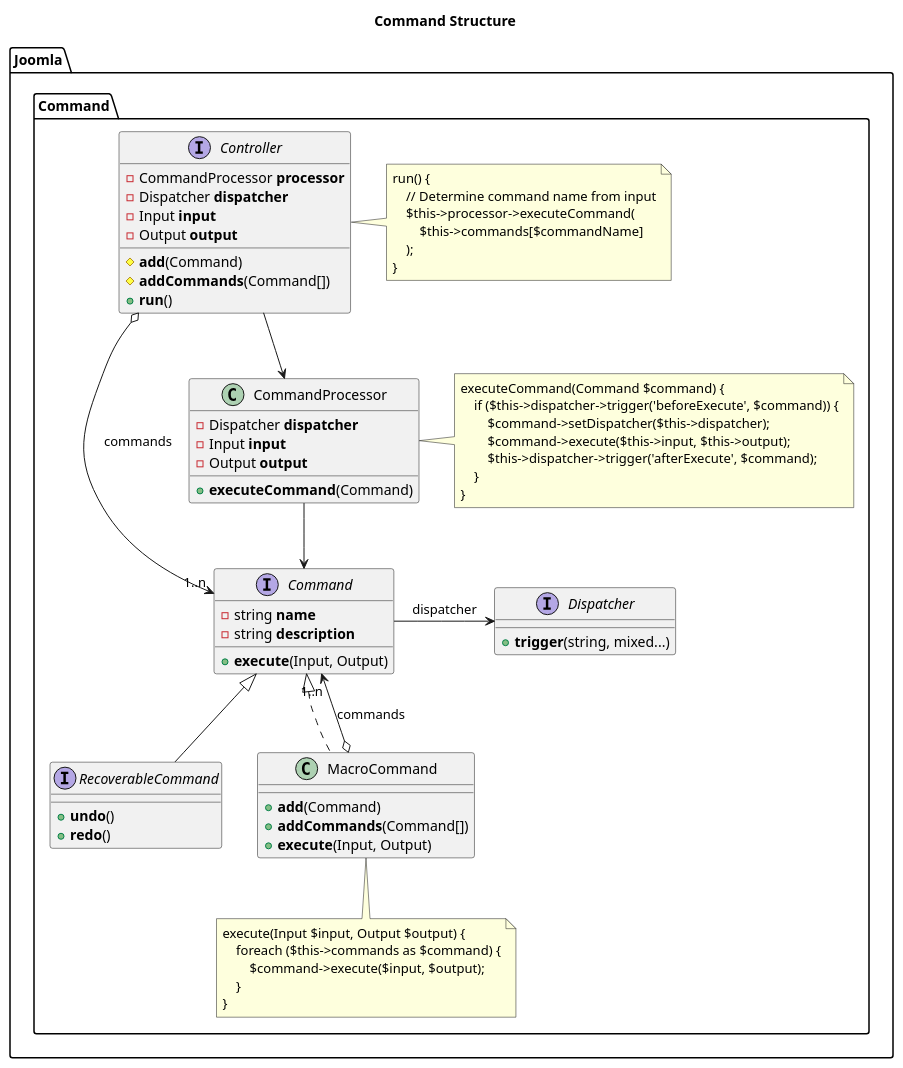
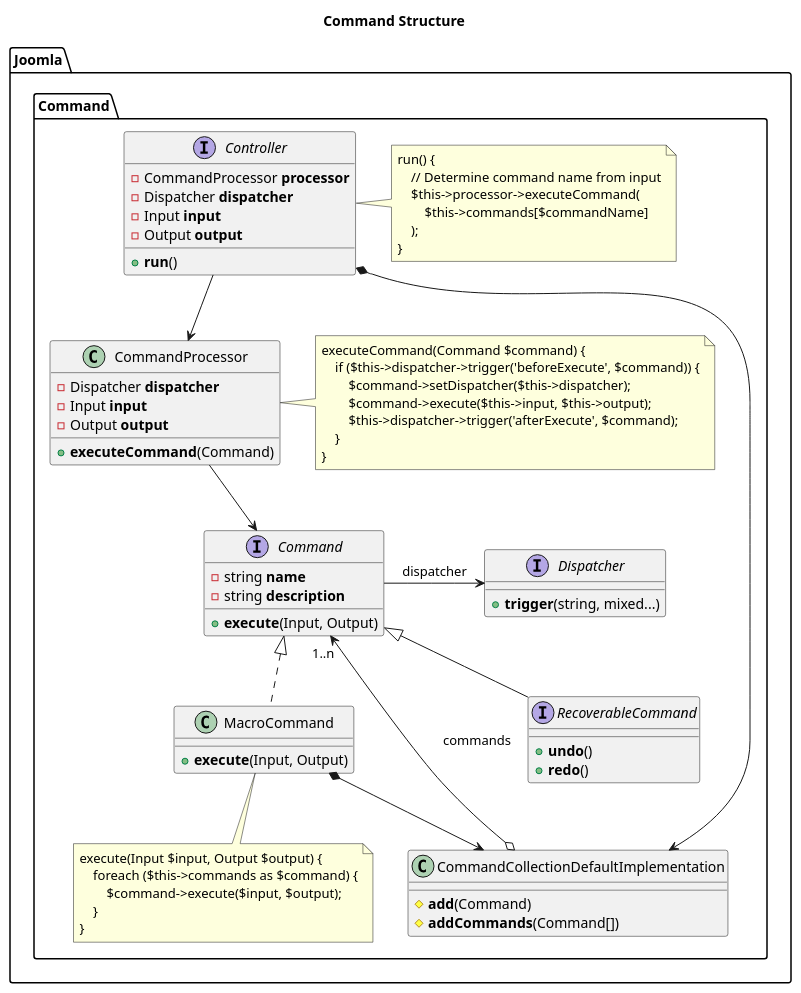
One commit to nibralab/joomla-architecture changed the diagram in src/class-command.puml. Above: the diagram before and after it, drawn with PlantUML. The commit also changed 1 other file, not shown here.

Commit message:
Introduced trait CommandCollectionDefaultImplementation

```diff
--- a/src/class-command.puml
+++ b/src/class-command.puml
@@ -1,78 +1,79 @@
 @startuml
 title Command Structure
 namespace Joomla.Command {
     interface Controller {
         -CommandProcessor <b>processor</b>
         -Dispatcher <b>dispatcher</b>
         -Input <b>input</b>
         -Output <b>output</b>
-        #<b>add</b>(Command)
-        #<b>addCommands</b>(Command[])
         +<b>run</b>()
     }
     note as ControllerNote
         run() {
             // Determine command name from input
             $this->processor->executeCommand(
                 $this->commands[$commandName]
             );
         }
     end note
 
     Controller .right. ControllerNote
 
     interface Command {
         -string <b>name</b>
         -string <b>description</b>
         +<b>execute</b>(Input, Output)
     }
 
     interface RecoverableCommand extends Command {
         +<b>undo</b>()
         +<b>redo</b>()
     }
 
     interface Dispatcher {
         +<b>trigger</b>(string, mixed...)
     }
     Command -right-> Dispatcher: dispatcher
 
-    Controller o--> "1..n" Command: commands
-
     class MacroCommand {
-        +<b>add</b>(Command)
-        +<b>addCommands</b>(Command[])
         +<b>execute</b>(Input, Output)
     }
 
     class MacroCommand implements Command
-    MacroCommand o--> "1..n" Command: commands
     note as MacroCommandNote
     execute(Input $input, Output $output) {
         foreach ($this->commands as $command) {
             $command->execute($input, $output);
         }
     }
     end note
     MacroCommand .. MacroCommandNote
 
     Controller --> CommandProcessor
     class CommandProcessor {
         -Dispatcher <b>dispatcher</b>
         -Input <b>input</b>
         -Output <b>output</b>
         +<b>executeCommand</b>(Command)
     }
     CommandProcessor --> Command
     note as CommandProcessorNote
         executeCommand(Command $command) {
             if ($this->dispatcher->trigger('beforeExecute', $command)) {
                 $command->setDispatcher($this->dispatcher);
                 $command->execute($this->input, $this->output);
                 $this->dispatcher->trigger('afterExecute', $command);
             }
         }
     end note
     CommandProcessor .right. CommandProcessorNote
+
+    class CommandCollectionDefaultImplementation {
+        #<b>add</b>(Command)
+        #<b>addCommands</b>(Command[])
+    }
+    CommandCollectionDefaultImplementation o-r-> "1..n" Command: commands
+    MacroCommand *--> CommandCollectionDefaultImplementation
+    Controller *--> CommandCollectionDefaultImplementation
 }
 @enduml
```
